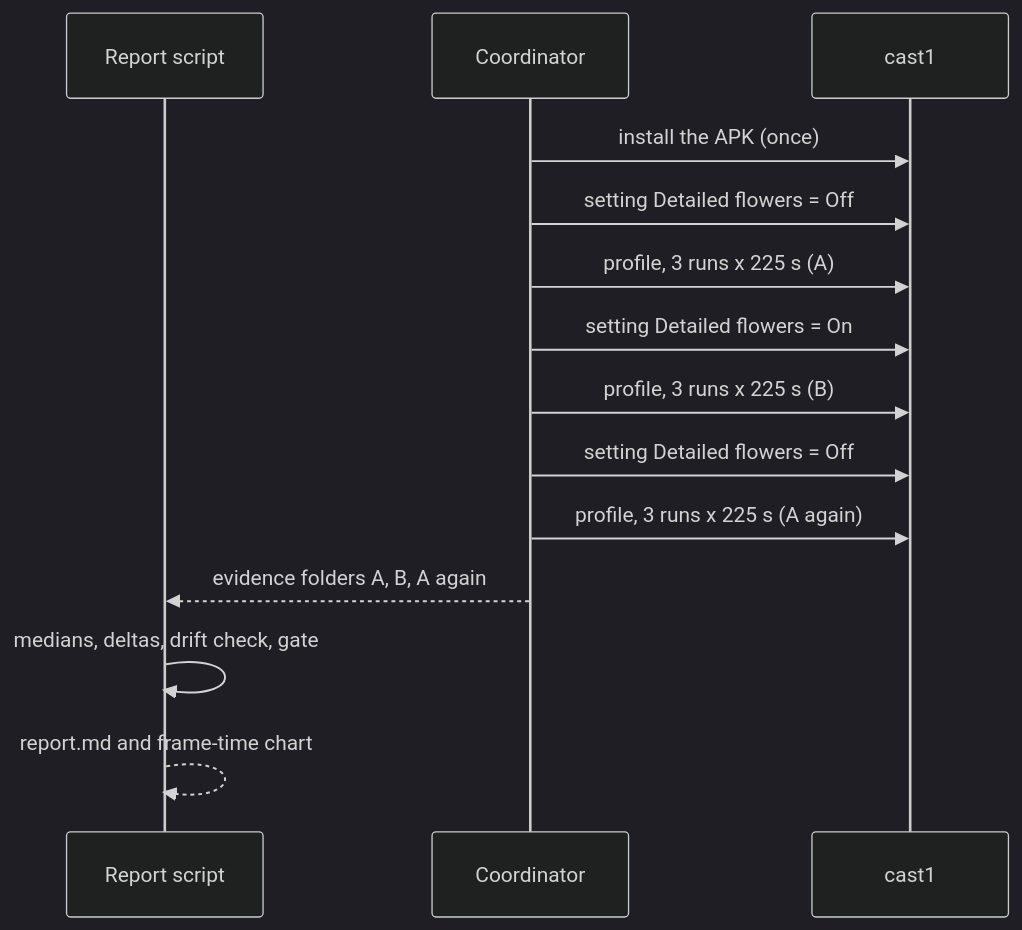
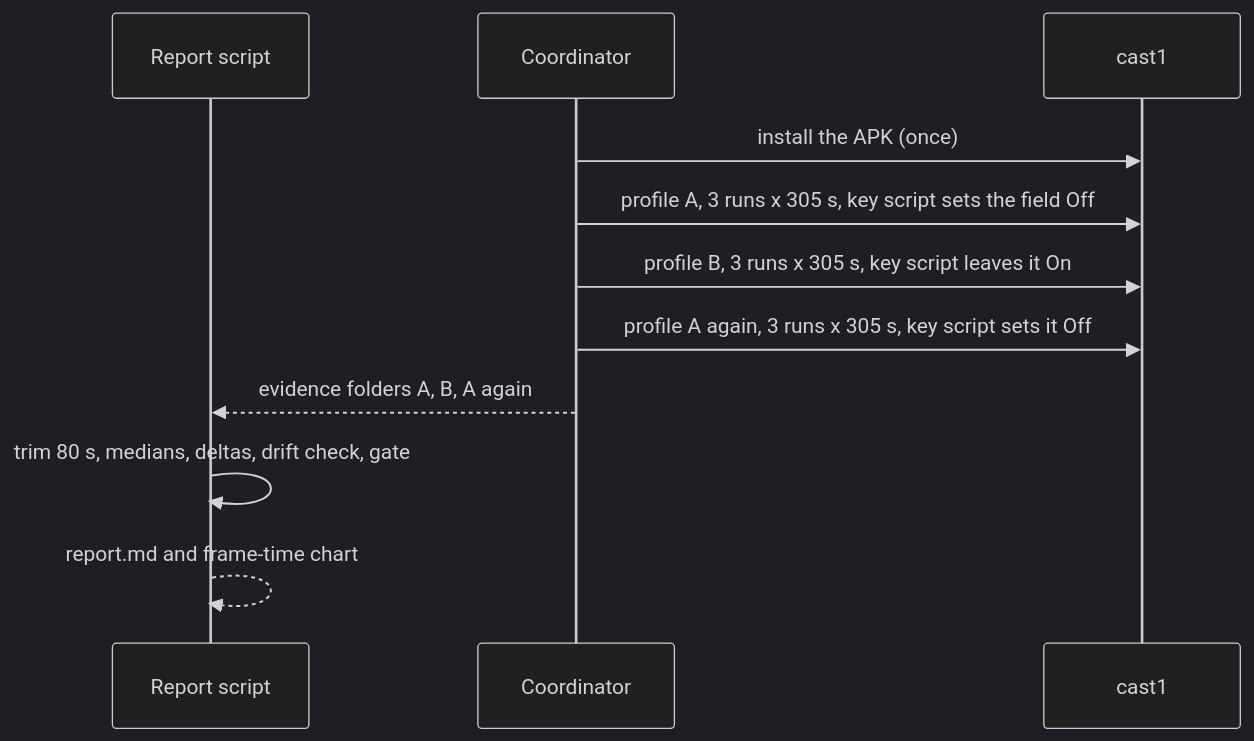
One commit to wbniv/WorldFoundry changed the third of 4 diagrams in docs/plans/2026-11-22-cuckoo-village-flowers.md. Above: the diagram before and after it, drawn with Mermaid (dark theme). The commit also changed other lines of this file and 2 other files, not shown here.

First line of the commit message:
Flowers: report --trim, and the profiling method as tested on cast1

````diff
--- a/docs/plans/2026-11-22-cuckoo-village-flowers.md
+++ b/docs/plans/2026-11-22-cuckoo-village-flowers.md
@@ -110,16 +110,13 @@
 ```mermaid
 sequenceDiagram
     participant R as Report script
     participant C as Coordinator
     participant D as cast1
     C->>D: install the APK (once)
-    C->>D: setting Detailed flowers = Off
-    C->>D: profile, 3 runs x 225 s (A)
-    C->>D: setting Detailed flowers = On
-    C->>D: profile, 3 runs x 225 s (B)
-    C->>D: setting Detailed flowers = Off
-    C->>D: profile, 3 runs x 225 s (A again)
+    C->>D: profile A, 3 runs x 305 s, key script sets the field Off
+    C->>D: profile B, 3 runs x 305 s, key script leaves it On
+    C->>D: profile A again, 3 runs x 305 s, key script sets it Off
     C-->>R: evidence folders A, B, A again
-    R->>R: medians, deltas, drift check, gate
+    R->>R: trim 80 s, medians, deltas, drift check, gate
     R-->>R: report.md and frame-time chart
 ```
````
